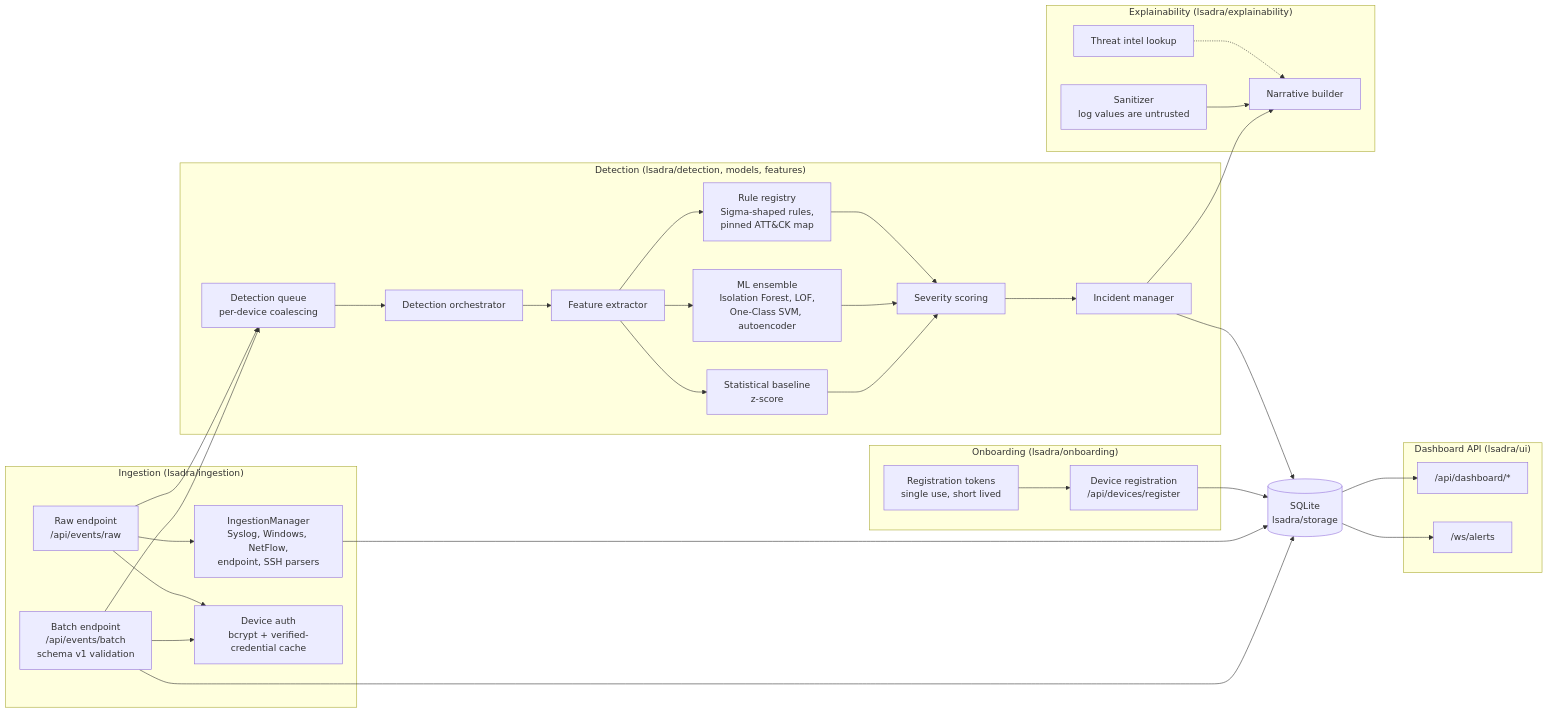
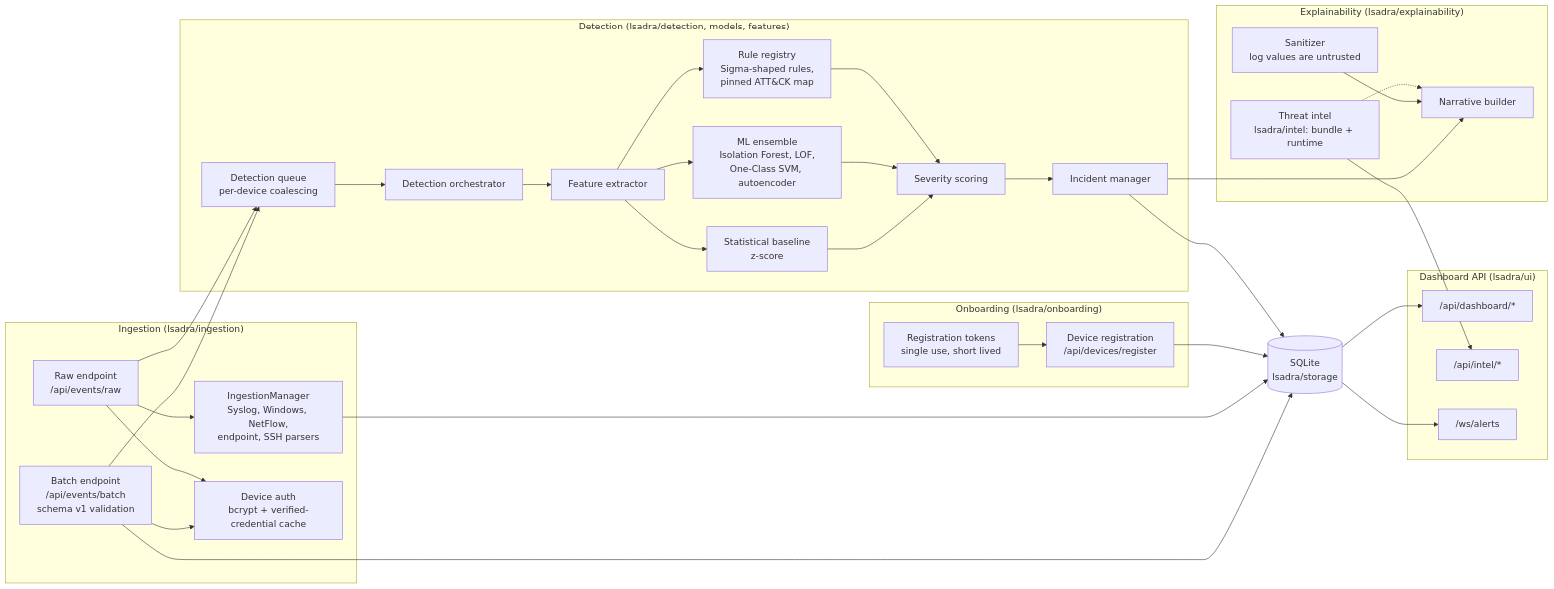
The third of 4 diagrams in docs/architecture/c4.md (tsmanral/lsadra), drawn with Mermaid before and after one commit. The commit also changed other lines of this file and 4 other files, not shown here.

First line of the commit message:
docs: describe two-tier threat intel, local geolocation and key revocation

````diff
--- a/docs/architecture/c4.md
+++ b/docs/architecture/c4.md
@@ -98,63 +109,65 @@
 ```mermaid
 flowchart LR
     subgraph ingest["Ingestion (lsadra/ingestion)"]
         batch["Batch endpoint<br/>/api/events/batch<br/>schema v1 validation"]
         raw["Raw endpoint<br/>/api/events/raw"]
         mgr["IngestionManager<br/>Syslog, Windows, NetFlow,<br/>endpoint, SSH parsers"]
         devauth["Device auth<br/>bcrypt + verified-credential cache"]
     end
 
     subgraph onboard["Onboarding (lsadra/onboarding)"]
         reg["Device registration<br/>/api/devices/register"]
         tok["Registration tokens<br/>single use, short lived"]
     end
 
     subgraph detect["Detection (lsadra/detection, models, features)"]
         queue["Detection queue<br/>per-device coalescing"]
         orch["Detection orchestrator"]
         feat["Feature extractor"]
         base["Statistical baseline<br/>z-score"]
         ens["ML ensemble<br/>Isolation Forest, LOF,<br/>One-Class SVM, autoencoder"]
         rules["Rule registry<br/>Sigma-shaped rules,<br/>pinned ATT&CK map"]
         sev["Severity scoring"]
         inc["Incident manager"]
     end
 
     subgraph explain["Explainability (lsadra/explainability)"]
         narr["Narrative builder"]
         san["Sanitizer<br/>log values are untrusted"]
-        intel["Threat intel lookup"]
+        intel["Threat intel<br/>lsadra/intel: bundle + runtime"]
     end
 
     subgraph ui["Dashboard API (lsadra/ui)"]
         dash["/api/dashboard/*"]
+        intelapi["/api/intel/*"]
         ws["/ws/alerts"]
     end
 
     store[("SQLite<br/>lsadra/storage")]
 
     batch --> devauth
     raw --> devauth
     raw --> mgr
     batch --> store
     mgr --> store
     batch --> queue
     raw --> queue
     tok --> reg
     reg --> store
     queue --> orch
     orch --> feat
     feat --> base
     feat --> ens
     feat --> rules
     base --> sev
     ens --> sev
     rules --> sev
     sev --> inc
     inc --> narr
     san --> narr
     intel -.-> narr
     inc --> store
     store --> dash
     store --> ws
+    intel --> intelapi
 ```
````
